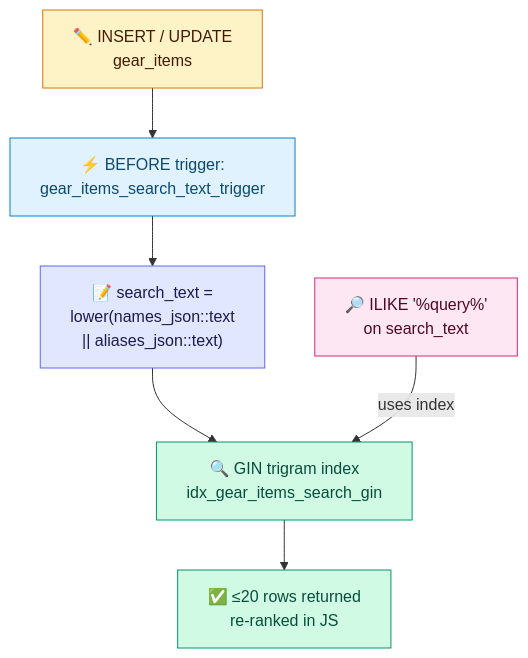
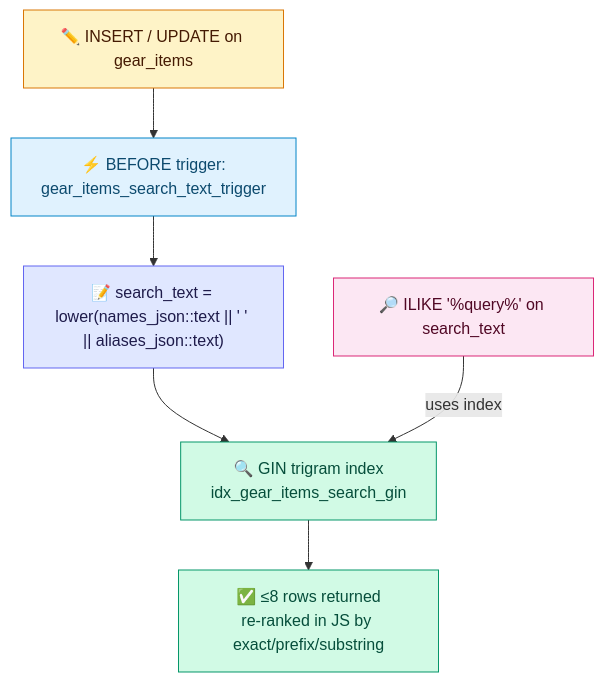
Before and after one commit to alexzhel-io/veloadout: diagram 11 of 12 in docs/architecture.md, drawn with Mermaid. The commit also changed other lines of this file and 1 other file, not shown here.

First line of the commit message:
docs: rewrite architecture & operations as narrative — reads like an article

````diff
--- a/docs/architecture.md
+++ b/docs/architecture.md
@@ -483,20 +803,20 @@
 ```mermaid
 graph TD
-    INSERT["✏️ INSERT / UPDATE<br>gear_items"]
+    INSERT["✏️ INSERT / UPDATE on gear_items"]
     TRG["⚡ BEFORE trigger:<br>gear_items_search_text_trigger"]
-    ST["📝 search_text =<br>lower(names_json::text<br>|| aliases_json::text)"]
+    ST["📝 search_text = lower(names_json::text || ' ' || aliases_json::text)"]
     GIN["🔍 GIN trigram index<br>idx_gear_items_search_gin"]
-    Q["🔎 ILIKE '%query%'<br>on search_text"]
-    RS["✅ ≤20 rows returned<br>re-ranked in JS"]
+    Q["🔎 ILIKE '%query%' on search_text"]
+    RS["✅ ≤8 rows returned<br>re-ranked in JS by exact/prefix/substring"]
 
     INSERT --> TRG --> ST --> GIN
     Q -->|uses index| GIN
     GIN --> RS
 
     style INSERT fill:#fef3c7,stroke:#d97706,color:#451a03
     style TRG fill:#e0f2fe,stroke:#0284c7,color:#0c4a6e
     style ST fill:#e0e7ff,stroke:#6366f1,color:#1e1b4b
     style GIN fill:#d1fae5,stroke:#059669,color:#064e3b
     style Q fill:#fce7f3,stroke:#db2777,color:#500724
     style RS fill:#d1fae5,stroke:#059669,color:#064e3b
 ```
````
